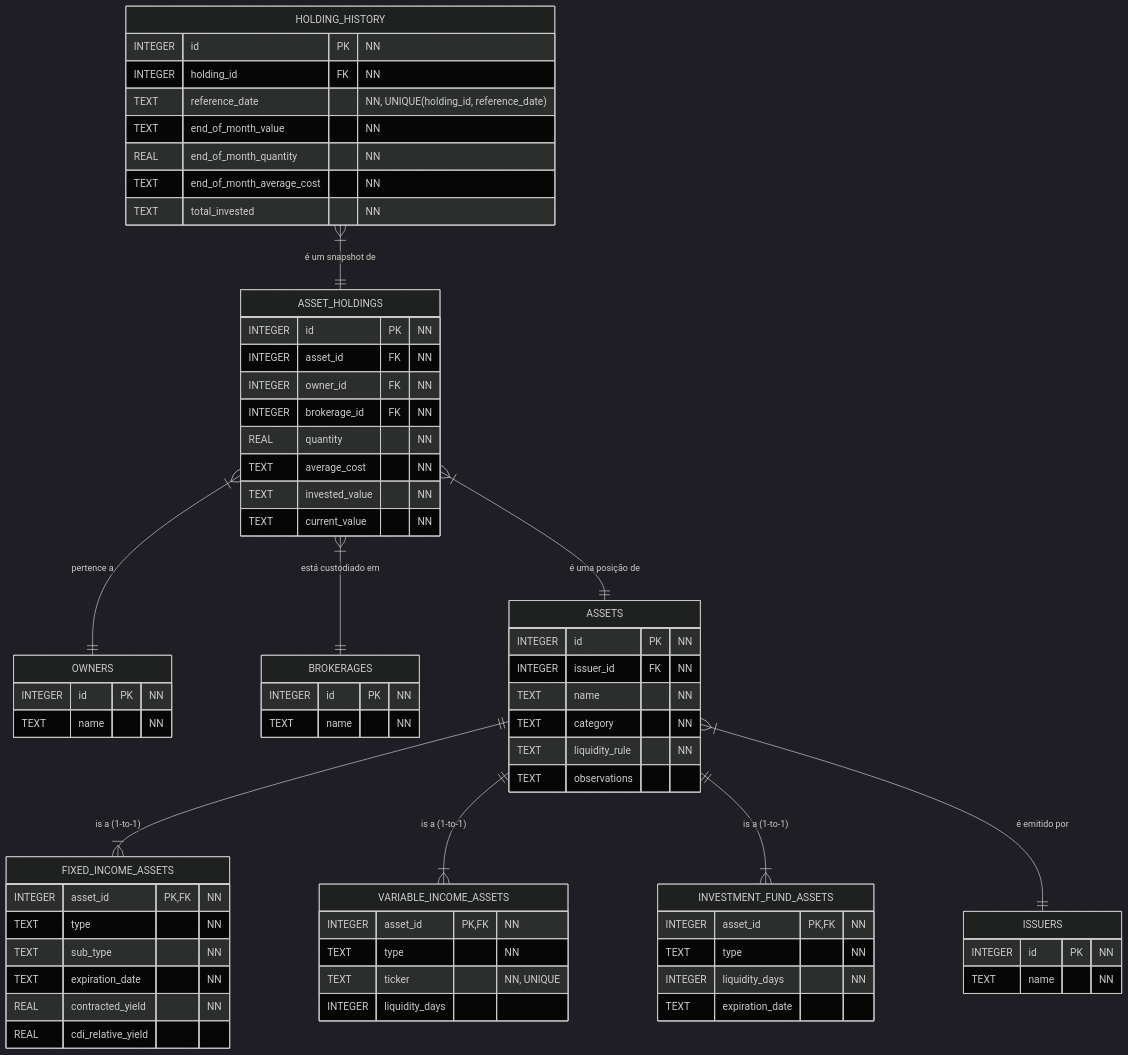
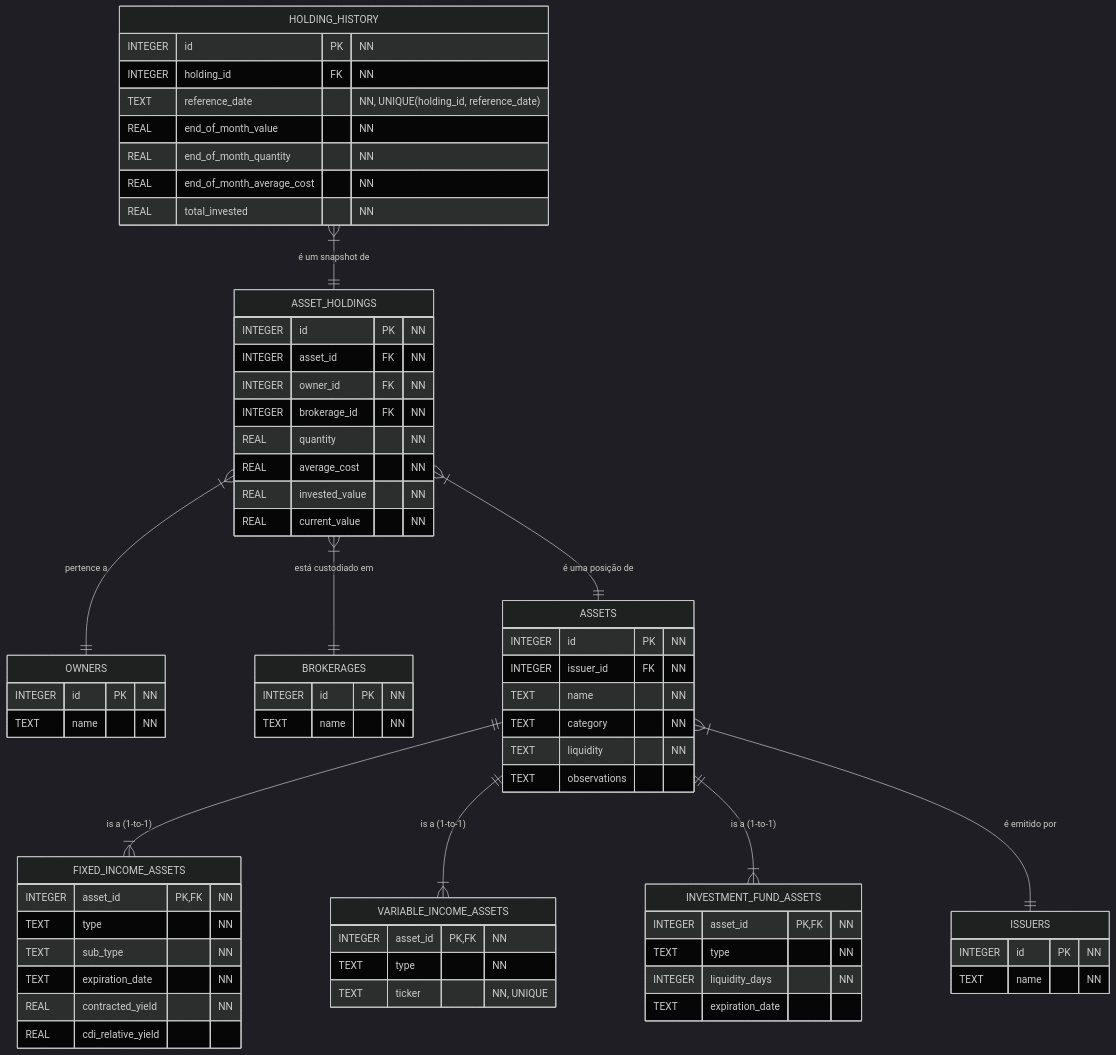
Before and after one commit to enirsilvaferraz/Investments-KMP: the diagram in docs/Modelagem do Banco de Dados.md, drawn with Mermaid (dark theme). The commit also changed other lines of this file and 15 other files, not shown here.

````diff
--- a/docs/Modelagem do Banco de Dados.md
+++ b/docs/Modelagem do Banco de Dados.md
@@ -7,71 +7,70 @@
 ```mermaid
 erDiagram
     OWNERS {
         INTEGER id PK "NN"
         TEXT name "NN"
     }
     BROKERAGES {
         INTEGER id PK "NN"
         TEXT name "NN"
     }
     ISSUERS {
         INTEGER id PK "NN"
         TEXT name "NN"
     }
     ASSETS {
         INTEGER id PK "NN"
         INTEGER issuer_id FK "NN"
         TEXT name "NN"
         TEXT category "NN"
-        TEXT liquidity_rule "NN"
+        TEXT liquidity "NN"
         TEXT observations
     }
     FIXED_INCOME_ASSETS {
         INTEGER asset_id PK, FK "NN"
         TEXT type "NN"
         TEXT sub_type "NN"
         TEXT expiration_date "NN"
         REAL contracted_yield "NN"
         REAL cdi_relative_yield
     }
     VARIABLE_INCOME_ASSETS {
         INTEGER asset_id PK, FK "NN"
         TEXT type "NN"
         TEXT ticker "NN, UNIQUE"
-        INTEGER liquidity_days
     }
     INVESTMENT_FUND_ASSETS {
         INTEGER asset_id PK, FK "NN"
         TEXT type "NN"
         INTEGER liquidity_days "NN"
         TEXT expiration_date
     }
     ASSET_HOLDINGS {
         INTEGER id PK "NN"
         INTEGER asset_id FK "NN"
         INTEGER owner_id FK "NN"
         INTEGER brokerage_id FK "NN"
         REAL quantity "NN"
-        TEXT average_cost "NN"
-        TEXT invested_value "NN"
-        TEXT current_value "NN"
+        REAL average_cost "NN"
+        REAL invested_value "NN"
+        REAL current_value "NN"
     }
     HOLDING_HISTORY {
         INTEGER id PK "NN"
         INTEGER holding_id FK "NN"
         TEXT reference_date "NN, UNIQUE(holding_id, reference_date)"
-        TEXT end_of_month_value "NN"
+        REAL end_of_month_value "NN"
         REAL end_of_month_quantity "NN"
-        TEXT end_of_month_average_cost "NN"
-        TEXT total_invested "NN"
+        REAL end_of_month_average_cost "NN"
+        REAL total_invested "NN"
     }
 
     ASSETS ||--|{ FIXED_INCOME_ASSETS : "is a (1-to-1)"
     ASSETS ||--|{ VARIABLE_INCOME_ASSETS : "is a (1-to-1)"
     ASSETS ||--|{ INVESTMENT_FUND_ASSETS : "is a (1-to-1)"
     ASSETS }|--|| ISSUERS : "é emitido por"
     ASSET_HOLDINGS }|--|| ASSETS : "é uma posição de"
     ASSET_HOLDINGS }|--|| OWNERS : "pertence a"
     ASSET_HOLDINGS }|--|| BROKERAGES : "está custodiado em"
     HOLDING_HISTORY }|--|| ASSET_HOLDINGS : "é um snapshot de"
 ```
````
